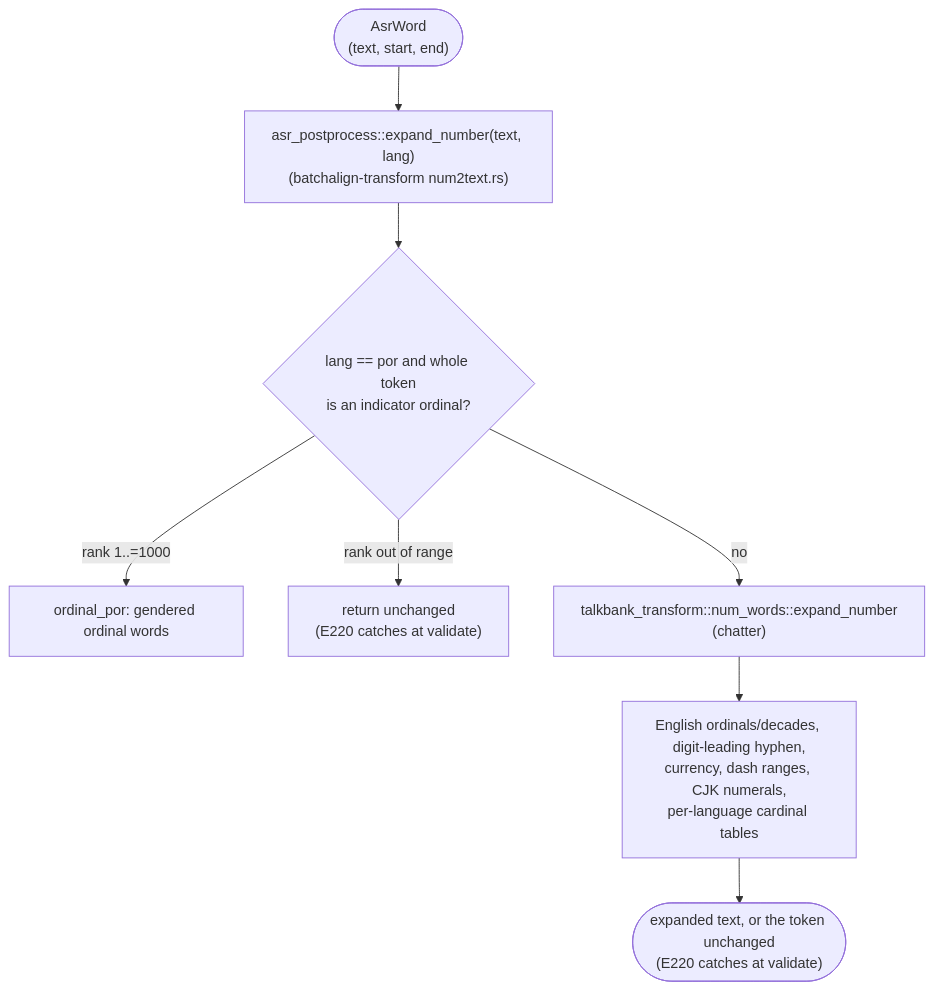
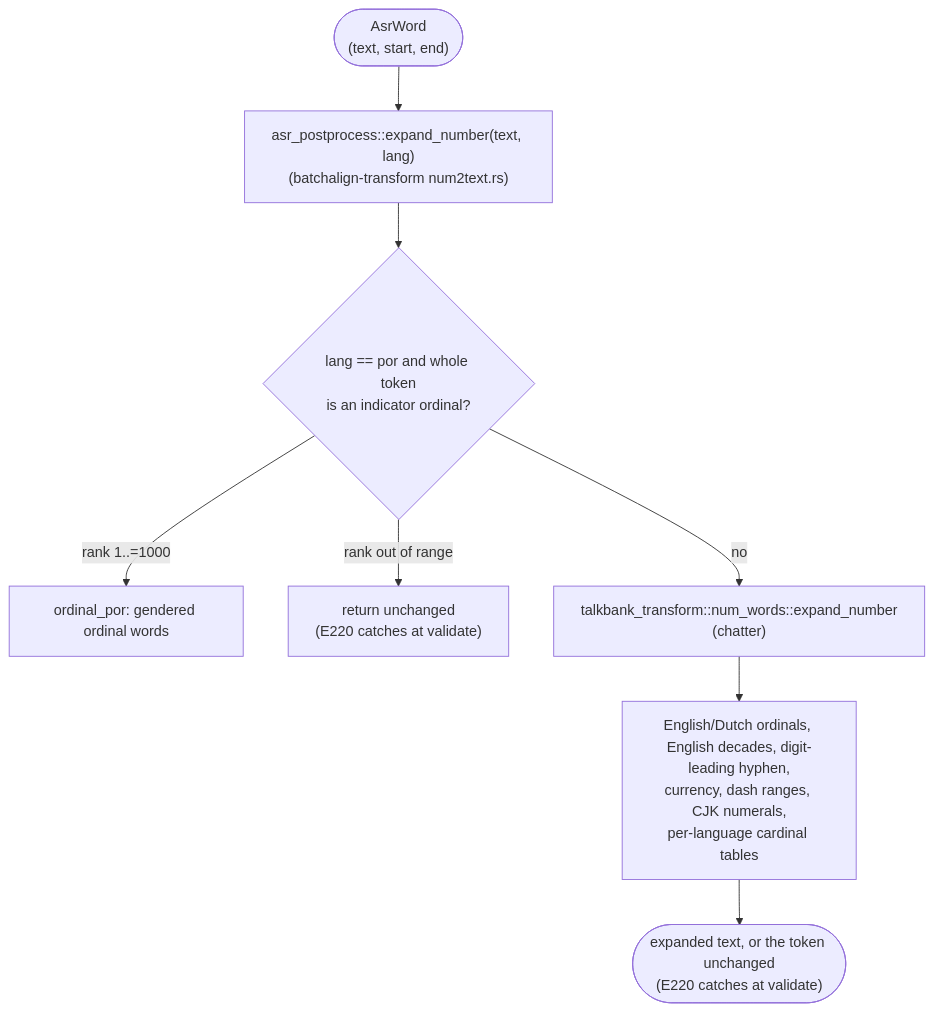
One commit to FranklinChen/talkbank-tools changed the diagram in book/src/batchalign/architecture/number-expansion.md. Above: the diagram before and after it, drawn with Mermaid. The commit also changed other lines of this file and 61 other files, not shown here.

````diff
--- a/book/src/batchalign/architecture/number-expansion.md
+++ b/book/src/batchalign/architecture/number-expansion.md
@@ -66,10 +67,10 @@
 ```mermaid
 flowchart TD
     Word(["AsrWord<br/>(text, start, end)"]) --> ExpandNum["asr_postprocess::expand_number(text, lang)<br/>(batchalign-transform num2text.rs)"]
     ExpandNum --> Por{"lang == por and whole token<br/>is an indicator ordinal?"}
     Por -->|"rank 1..=1000"| PorRust["ordinal_por: gendered ordinal words"]
     Por -->|"rank out of range"| PorPass["return unchanged<br/>(E220 catches at validate)"]
     Por -->|"no"| Chatter["talkbank_transform::num_words::expand_number<br/>(chatter)"]
-    Chatter --> Forms["English ordinals/decades, digit-leading hyphen,<br/>currency, dash ranges, CJK numerals,<br/>per-language cardinal tables"]
+    Chatter --> Forms["English/Dutch ordinals, English decades, digit-leading hyphen,<br/>currency, dash ranges, CJK numerals,<br/>per-language cardinal tables"]
     Forms --> Out(["expanded text, or the token unchanged<br/>(E220 catches at validate)"])
 ```
````
